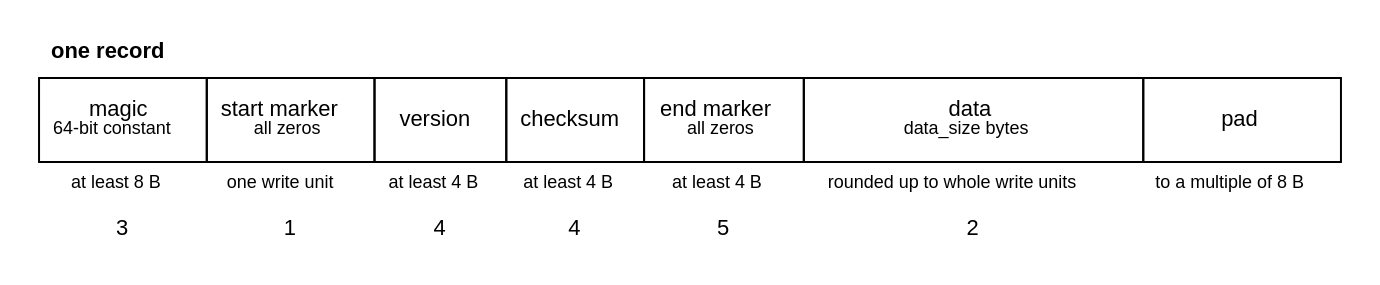
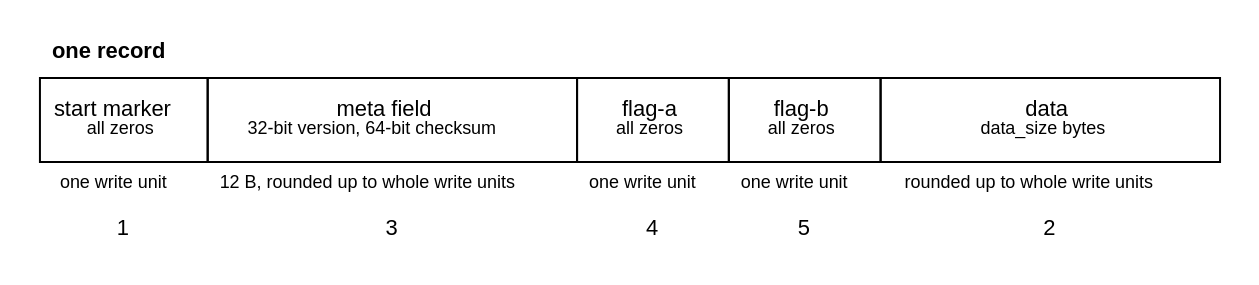
Before and after one commit to sebastien-riou/lean-ftl: the third of 8 diagrams in doc/source/design.rst, drawn with Graphviz. The commit also changed other lines of this file and 10 other files, not shown here.

```diff
--- a/doc/source/design.rst
+++ b/doc/source/design.rst
@@ -234,9 +241,9 @@
 .. graphviz::
    :align: center
 
    digraph {
      graph [pad="0.05" margin="0"];
      node [shape=plaintext fontname="Helvetica" fontsize=11];
      d [label=<
-       <table border="0" cellborder="1" cellspacing="0" cellpadding="6"><tr><td border="0" colspan="7" align="left"><b>one record</b></td></tr><tr><td width="80" height="42">magic<br/><font point-size="9">64-bit constant</font></td><td width="80" height="42">start marker<br/><font point-size="9">all zeros</font></td><td width="66" height="42">version</td><td width="66" height="42">checksum</td><td width="80" height="42">end marker<br/><font point-size="9">all zeros</font></td><td width="170" height="42">data<br/><font point-size="9">data_size bytes</font></td><td width="60" height="42">pad</td></tr><tr><td border="0"><font point-size="9">at least 8 B</font></td><td border="0"><font point-size="9">one write unit</font></td><td border="0"><font point-size="9">at least 4 B</font></td><td border="0"><font point-size="9">at least 4 B</font></td><td border="0"><font point-size="9">at least 4 B</font></td><td border="0"><font point-size="9">rounded up to whole write units</font></td><td border="0"><font point-size="9">to a multiple of 8 B</font></td></tr><tr><td border="0">3</td><td border="0">1</td><td border="0">4</td><td border="0">4</td><td border="0">5</td><td border="0">2</td><td border="0"></td></tr></table>>];
+       <table border="0" cellborder="1" cellspacing="0" cellpadding="6"><tr><td border="0" colspan="5" align="left"><b>one record</b></td></tr><tr><td width="84" height="42">start marker<br/><font point-size="9">all zeros</font></td><td width="150" height="42">meta field<br/><font point-size="9">32-bit version, 64-bit checksum</font></td><td width="66" height="42">flag-a<br/><font point-size="9">all zeros</font></td><td width="66" height="42">flag-b<br/><font point-size="9">all zeros</font></td><td width="170" height="42">data<br/><font point-size="9">data_size bytes</font></td></tr><tr><td border="0"><font point-size="9">one write unit</font></td><td border="0"><font point-size="9">12 B, rounded up to whole write units</font></td><td border="0"><font point-size="9">one write unit</font></td><td border="0"><font point-size="9">one write unit</font></td><td border="0"><font point-size="9">rounded up to whole write units</font></td></tr><tr><td border="0">1</td><td border="0">3</td><td border="0">4</td><td border="0">5</td><td border="0">2</td></tr></table>>];
    }
```
